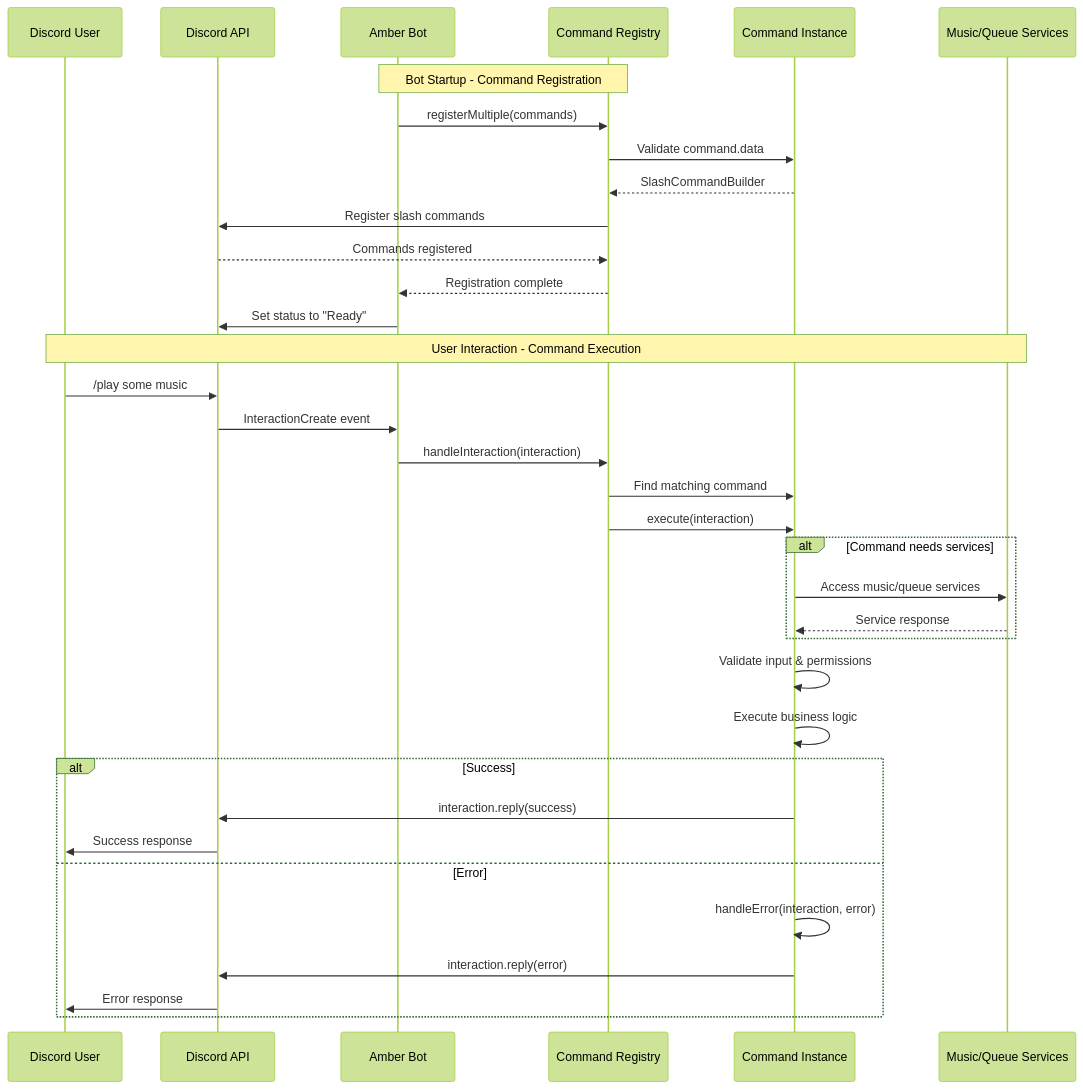
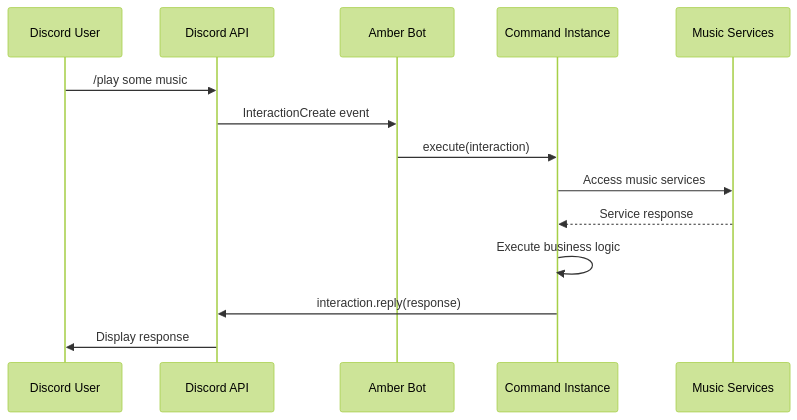
One commit to baguilartech/AMBER changed the third of 3 diagrams in wiki/Development/How To Contribute/Creating Commands.md. Above: the diagram before and after it, drawn with Mermaid (forest theme). The commit also changed other lines of this file and 12 other files, not shown here.

````diff
--- a/wiki/Development/How To Contribute/Creating Commands.md
+++ b/wiki/Development/How To Contribute/Creating Commands.md
@@ -557,42 +171,17 @@
 ```mermaid
 sequenceDiagram
     participant User as Discord User
     participant Discord as Discord API
     participant Bot as Amber Bot
-    participant Registry as Command Registry
     participant Command as Command Instance
-    participant Services as Music/Queue Services
+    participant Services as Music Services
     
-    Note over Bot,Registry: Bot Startup - Command Registration
-    Bot->>Registry: registerMultiple(commands)
-    Registry->>Command: Validate command.data
-    Command-->>Registry: SlashCommandBuilder
-    Registry->>Discord: Register slash commands
-    Discord-->>Registry: Commands registered
-    Registry-->>Bot: Registration complete
-    Bot->>Discord: Set status to "Ready"
-    
-    Note over User,Services: User Interaction - Command Execution
     User->>Discord: /play some music
     Discord->>Bot: InteractionCreate event
-    Bot->>Registry: handleInteraction(interaction)
-    Registry->>Command: Find matching command
-    Registry->>Command: execute(interaction)
-    
-    alt Command needs services
-        Command->>Services: Access music/queue services
-        Services-->>Command: Service response
-    end
-    
-    Command->>Command: Validate input & permissions
+    Bot->>Command: execute(interaction)
+    Command->>Services: Access music services
+    Services-->>Command: Service response
     Command->>Command: Execute business logic
-    
-    alt Success
-        Command->>Discord: interaction.reply(success)
-        Discord->>User: Success response
-    else Error
-        Command->>Command: handleError(interaction, error)
-        Command->>Discord: interaction.reply(error)
-        Discord->>User: Error response
-    end
+    Command->>Discord: interaction.reply(response)
+    Discord->>User: Display response
 ```
````
